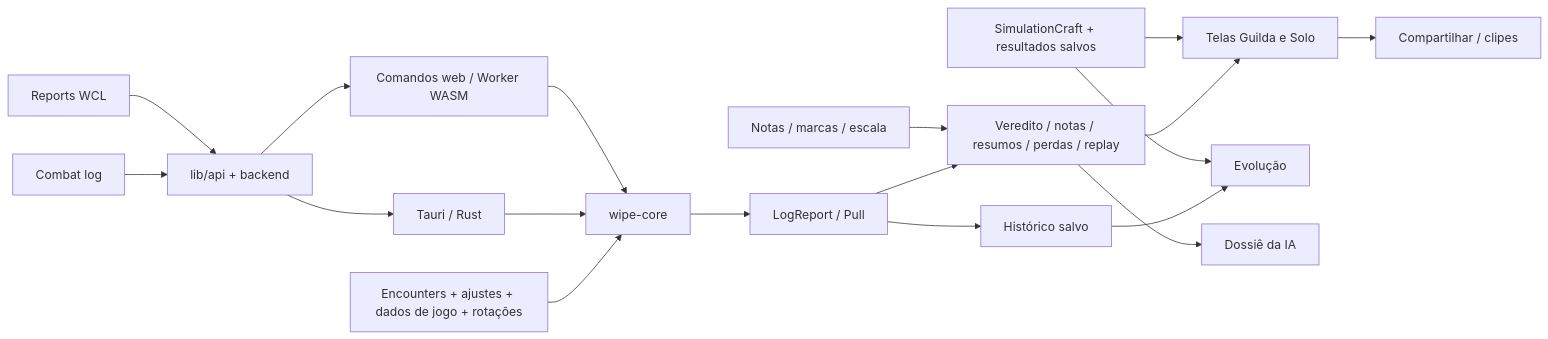
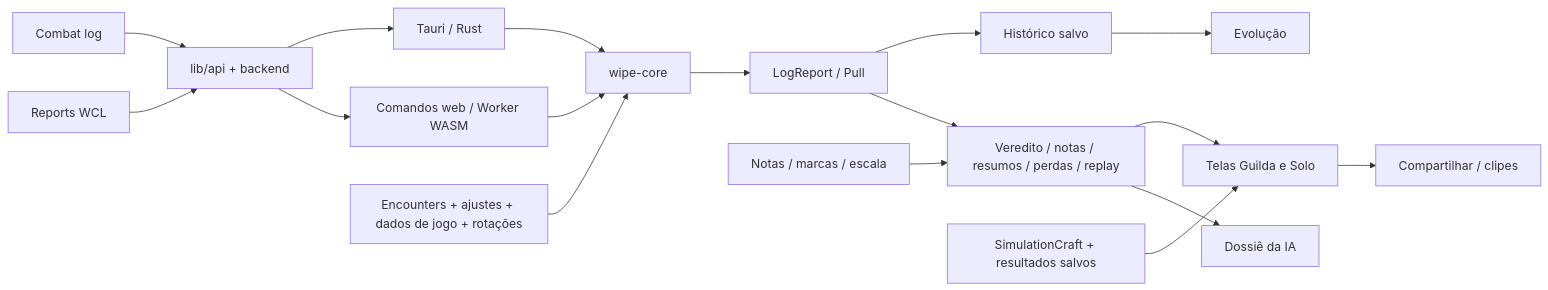
One commit to keter45/wipe-cause changed the third of 3 diagrams in docs/APP-MAP.pt-BR.md. Above: the diagram before and after it, drawn with Mermaid. The commit also changed other lines of this file and 15 other files, not shown here.

````diff
--- a/docs/APP-MAP.pt-BR.md
+++ b/docs/APP-MAP.pt-BR.md
@@ -459,20 +459,19 @@
 ```mermaid
 flowchart LR
     Arquivo[Combat log] --> API[lib/api + backend]
     WCL[Reports WCL] --> API
     API --> Desktop[Tauri / Rust]
     API --> Web[Comandos web / Worker WASM]
     Regras[Encounters + ajustes + dados de jogo + rotações] --> Core[wipe-core]
     Desktop --> Core
     Web --> Core
     Core --> Report[LogReport / Pull]
     Report --> Historico[Histórico salvo]
     Report --> Dominio[Veredito / notas / resumos / perdas / replay]
     Marcas[Notas / marcas / escala] --> Dominio
     Dominio --> Telas[Telas Guilda e Solo]
     Historico --> Evolucao[Evolução]
     Telas --> Cartoes[Compartilhar / clipes]
     Dominio --> Dossie[Dossiê da IA]
     Simc[SimulationCraft + resultados salvos] --> Telas
-    Simc --> Evolucao
 ```
````
